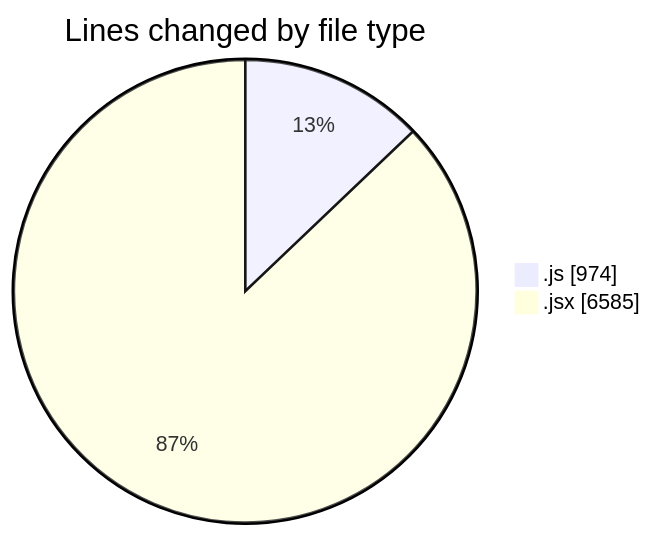
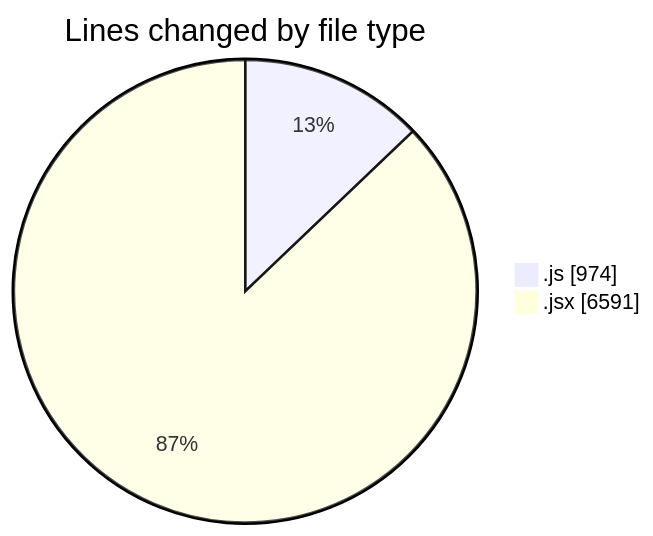
Before and after one commit to nxtqubesakshisongat/code-tracking: the first of 2 diagrams in 2025-12-05/nxtqube_webapp/README.md, drawn with Mermaid. The commit also changed other lines of this file and 1 other file, not shown here.

````diff
--- a/2025-12-05/nxtqube_webapp/README.md
+++ b/2025-12-05/nxtqube_webapp/README.md
@@ -26,6 +26,6 @@
 ```mermaid
 pie showData
 title Lines changed by file type
 ".js" : 974
-".jsx" : 6585
+".jsx" : 6591
 ```
````
